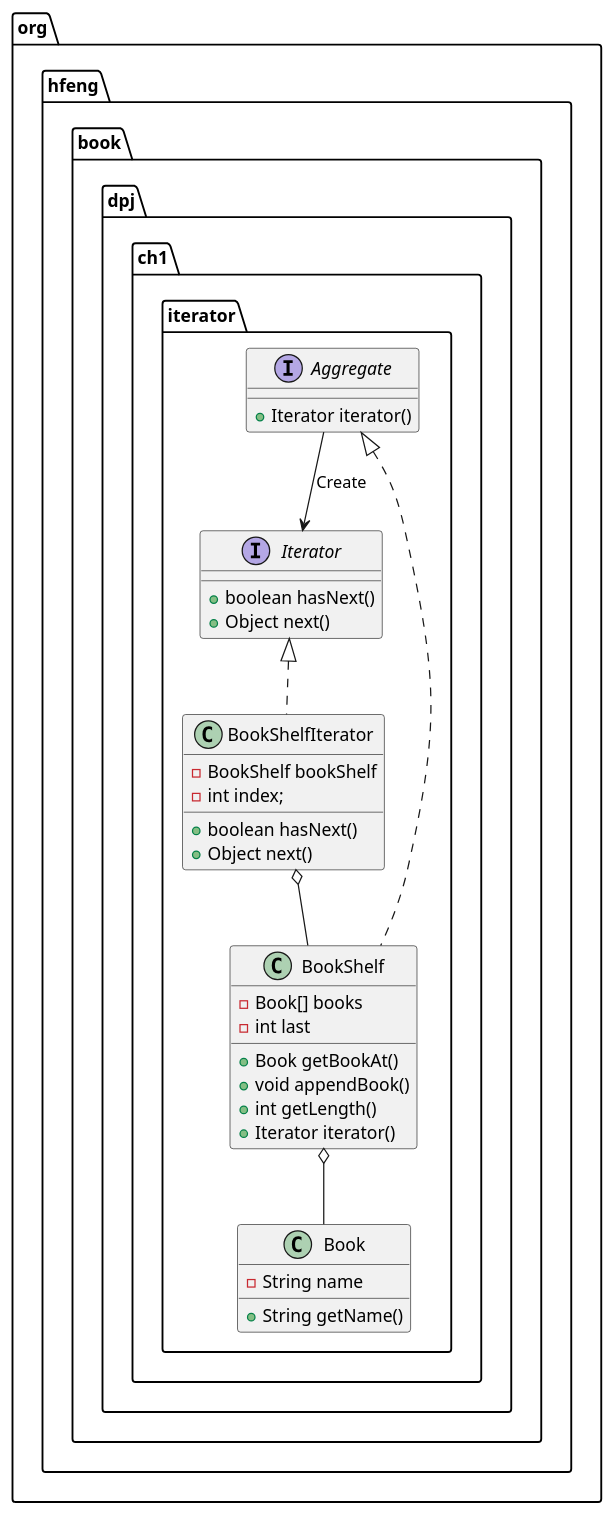
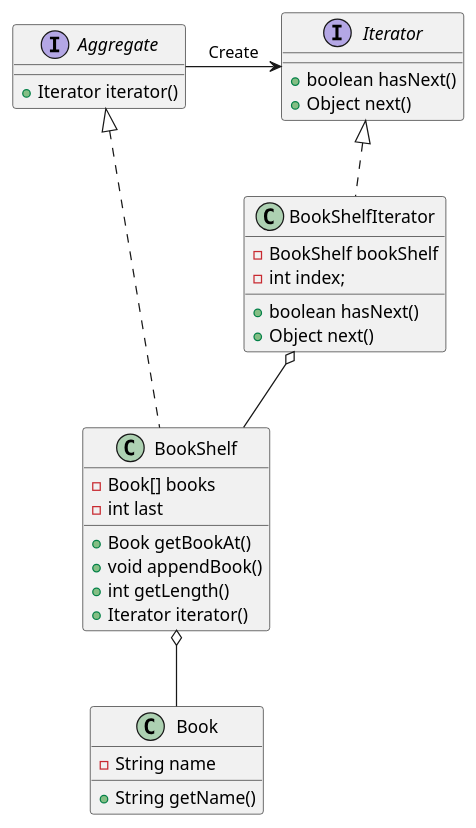
The diagram in src/main/java/org/hfeng/book/dpj/ch1/iterator/iterator.puml (harrifeng/java-in-action), drawn with PlantUML before and after one commit.

Commit message:
better look

```diff
--- a/src/main/java/org/hfeng/book/dpj/ch1/iterator/iterator.puml
+++ b/src/main/java/org/hfeng/book/dpj/ch1/iterator/iterator.puml
@@ -1,38 +1,34 @@
 @startuml
-package org.hfeng.book.dpj.ch1.iterator {
-    interface Iterator {
-        +boolean hasNext()
-        +Object next()
-    }
-
-    interface Aggregate {
-        +Iterator iterator()
-    }
-
-    class BookShelf implements Aggregate {
-        -Book[] books
-        -int last
-        +Book getBookAt()
-        +void appendBook()
-        +int getLength()
-        +Iterator iterator()
-    }
-    class Book {
-        -String name
-        +String getName()
-    }
-
-    class BookShelfIterator implements Iterator {
-        -BookShelf bookShelf
-        -int index;
-        +boolean hasNext()
-        +Object next()
-    }
-
-    Aggregate --> Iterator : Create
-    BookShelf o-- Book
-    BookShelfIterator o-- BookShelf
-
+interface Iterator {
+    +boolean hasNext()
+    +Object next()
 }
 
+interface Aggregate {
+    +Iterator iterator()
+}
+
+class BookShelf implements Aggregate {
+    -Book[] books
+    -int last
+    +Book getBookAt()
+    +void appendBook()
+    +int getLength()
+    +Iterator iterator()
+}
+class Book {
+    -String name
+    +String getName()
+}
+
+class BookShelfIterator implements Iterator {
+    -BookShelf bookShelf
+    -int index;
+    +boolean hasNext()
+    +Object next()
+}
+
+Aggregate -right--> Iterator : Create
+BookShelf o-- Book
+BookShelfIterator o-- BookShelf
 @enduml
```
